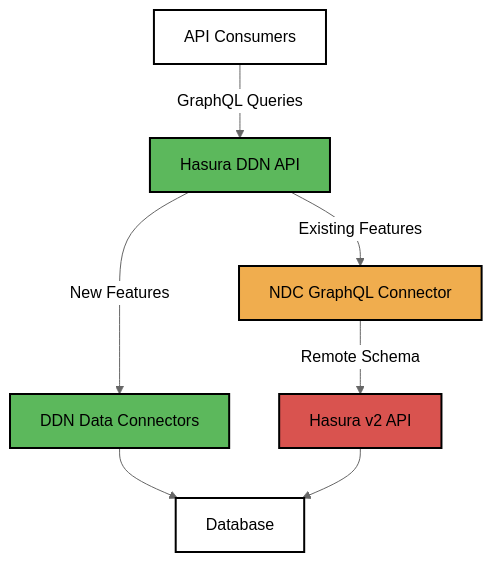
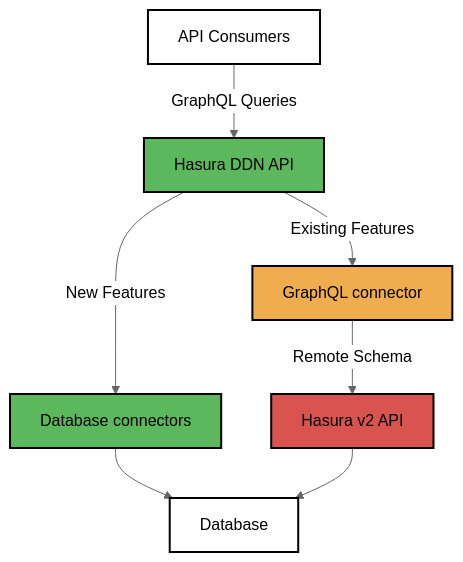
One commit to hasura/ddn-docs changed the first of 3 diagrams in docs/upgrade/guide.mdx. Above: the diagram before and after it, drawn with Mermaid (neutral theme). The commit also changed other lines of this file and 1 other file, not shown here.

````diff
--- a/docs/upgrade/guide.mdx
+++ b/docs/upgrade/guide.mdx
@@ -41,15 +51,15 @@
 ```mermaid
 graph TD
     A[API Consumers] -->|GraphQL Queries| B[Hasura DDN API]
-    B -->|New Features| C[DDN Data Connectors]
-    B -->|Existing Features| D[NDC GraphQL Connector]
+    B -->|New Features| C[Database connectors]
+    B -->|Existing Features| D[GraphQL connector]
     D -->|Remote Schema| E[Hasura v2 API]
     C --> F[Database]
     E --> F
     style A fill:#ffffff,stroke:#000000,stroke-width:2px,color:#000000
     style B fill:#5cb85c,stroke:#000000,stroke-width:2px,color:#000000
     style C fill:#5cb85c,stroke:#000000,stroke-width:2px,color:#000000
     style D fill:#f0ad4e,stroke:#000000,stroke-width:2px,color:#000000
     style E fill:#d9534f,stroke:#000000,stroke-width:2px,color:#000000
     style F fill:#ffffff,stroke:#000000,stroke-width:2px,color:#000000
 ```
````
